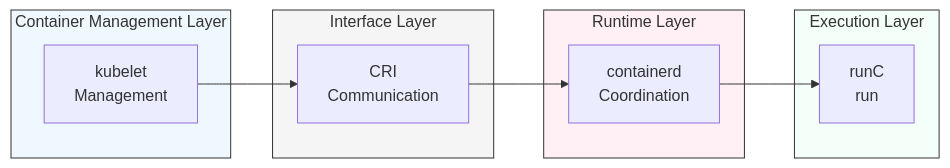
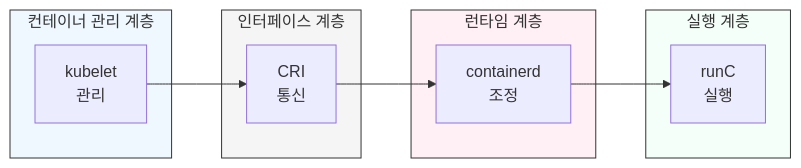
Before and after one commit to doxxx93/doxxx.dev: the fourth of 4 diagrams in i18n/en/docusaurus-plugin-content-blog/2025-02-01/from-linux-kernel-to-kubernetes.md, drawn with Mermaid. The commit also changed other lines of this file and 4 other files, not shown here.

````diff
--- a/i18n/en/docusaurus-plugin-content-blog/2025-02-01/from-linux-kernel-to-kubernetes.md
+++ b/i18n/en/docusaurus-plugin-content-blog/2025-02-01/from-linux-kernel-to-kubernetes.md
@@ -239,26 +241,26 @@
 ```mermaid
 flowchart LR
-    subgraph Management[Container Management Layer]
-        kubelet[kubelet<br/>Management]
+    subgraph Management[컨테이너 관리 계층]
+        kubelet[kubelet<br/>관리]
     end
 
-    subgraph Interface[Interface Layer]
-        cri[CRI<br/>Communication]
+    subgraph Interface[인터페이스 계층]
+        cri[CRI<br/>통신]
     end
 
-    subgraph Runtime[Runtime Layer]
-        containerd[containerd<br/>Coordination]
+    subgraph Runtime[런타임 계층]
+        containerd[containerd<br/>조정]
     end
 
-    subgraph Execution[Execution Layer]
-        runc[runC<br/>run]
+    subgraph Execution[실행 계층]
+        runc[runC<br/>실행]
     end
 
     kubelet --> cri
     cri --> containerd
     containerd --> runc
     style Management fill: #f0f8ff, stroke: #333
     style Interface fill: #f5f5f5, stroke: #333
     style Runtime fill: #fff0f5, stroke: #333
     style Execution fill: #f5fffa, stroke: #333
 ```
````
